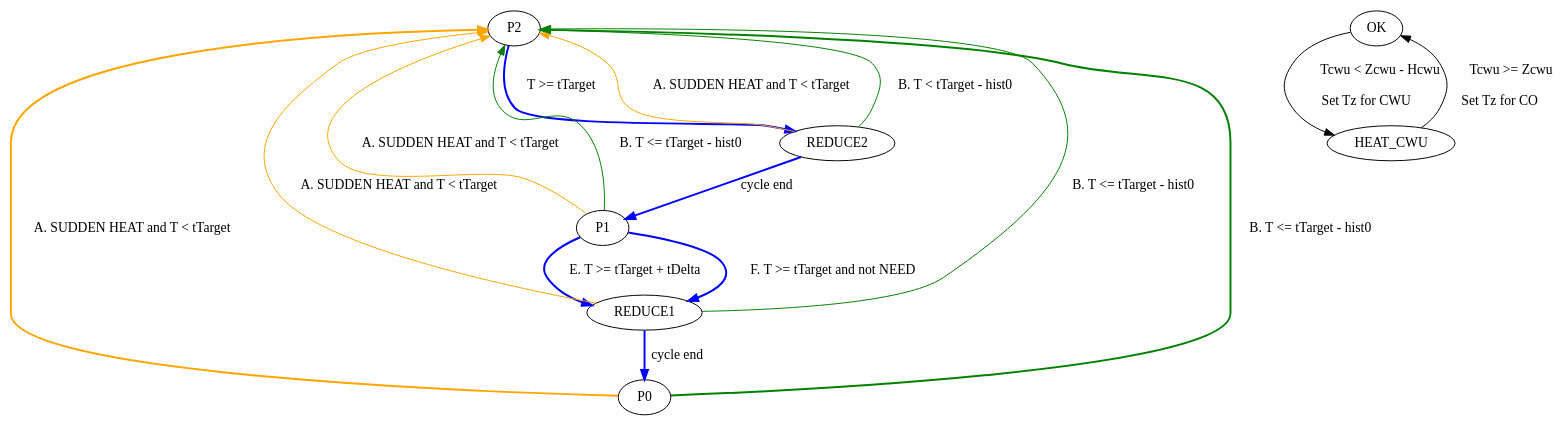
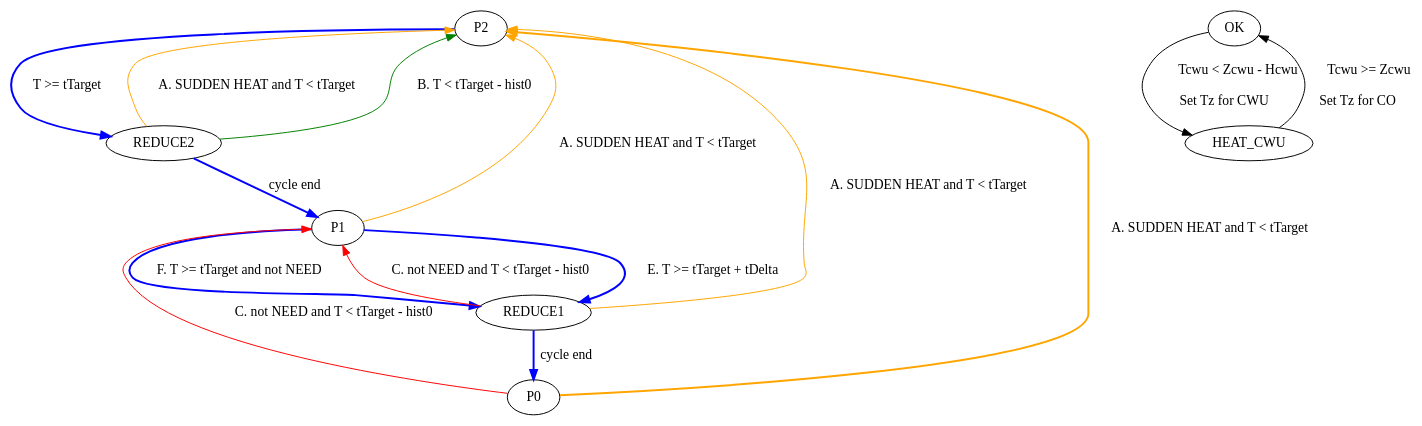
The diagram in states.gv (lafar6502/masterpiec), drawn with Graphviz before and after one commit. The commit also changed 2 other files, not shown here.

```diff
--- a/states.gv
+++ b/states.gv
@@ -1,47 +1,47 @@
 digraph G {
 
 HEAT [label="P2"]
 COOLOFF [label="P1"]
 MAINTAIN [label="P0"]
 
 HEAT->REDUCE2 [label="T >= tTarget", style=bold, color=blue]
 
 REDUCE2 -> COOLOFF [label="cycle end",style=bold, color=blue]
 
 
 REDUCE2 -> HEAT [label="A. SUDDEN HEAT and T < tTarget", color=orange]
 REDUCE2 -> HEAT [label="B. T < tTarget - hist0", color=green]
 
 COOLOFF->REDUCE1 [label="E. T >= tTarget + tDelta", style=bold, color=blue]
 COOLOFF->REDUCE1 [label="F. T >= tTarget and not NEED", style=bold, color=blue]
 
 REDUCE1 -> MAINTAIN [label="cycle end", style=bold, color=blue]
 
 
 REDUCE1 -> HEAT [label="A. SUDDEN HEAT and T < tTarget", color=orange]
-REDUCE1 -> HEAT [label="B. T <= tTarget - hist0", color=green]
-
+//REDUCE1 -> HEAT [label="B. T <= tTarget - hist0", color=green]
+REDUCE1 -> COOLOFF [label="C. not NEED and T < tTarget - hist0", color=red]
 
 //REDUCE1 -> COOLOFF [label="2. NEED and T<tTarget"]
 
 COOLOFF -> HEAT [label="A. SUDDEN HEAT and T < tTarget", color=orange]
-COOLOFF->HEAT [label="B. T <= tTarget - hist0", color=green]
+//COOLOFF->HEAT [label="B. T <= tTarget - hist0", color=green]
 
 //HEAT -> REDUCE1 [label="1. T > tTarget + tDelta", color=green]
 MAINTAIN -> HEAT [label="A. SUDDEN HEAT and T < tTarget", style=bold, color=orange]
-MAINTAIN -> HEAT [label="B. T <= tTarget - hist0", style=bold, color=green]
-
+//MAINTAIN -> HEAT [label="B. T <= tTarget - hist0", style=bold, color=green]
+MAINTAIN -> COOLOFF[label="C. not NEED and T < tTarget - hist0", color=red]
 
 //MAINTAIN -> COOLOFF [label="NEED and T between tTarget - hist0 and tTarget", style=bold, color=darkgreen]
 
 
 
 subgraph CWU {
     OK -> HEAT_CWU [label="Tcwu < Zcwu - Hcwu\r\nSet Tz for CWU"]
     HEAT_CWU -> OK [label="Tcwu >= Zcwu\r\nSet Tz for CO"]
     
 }
 
 
 
 }
```
